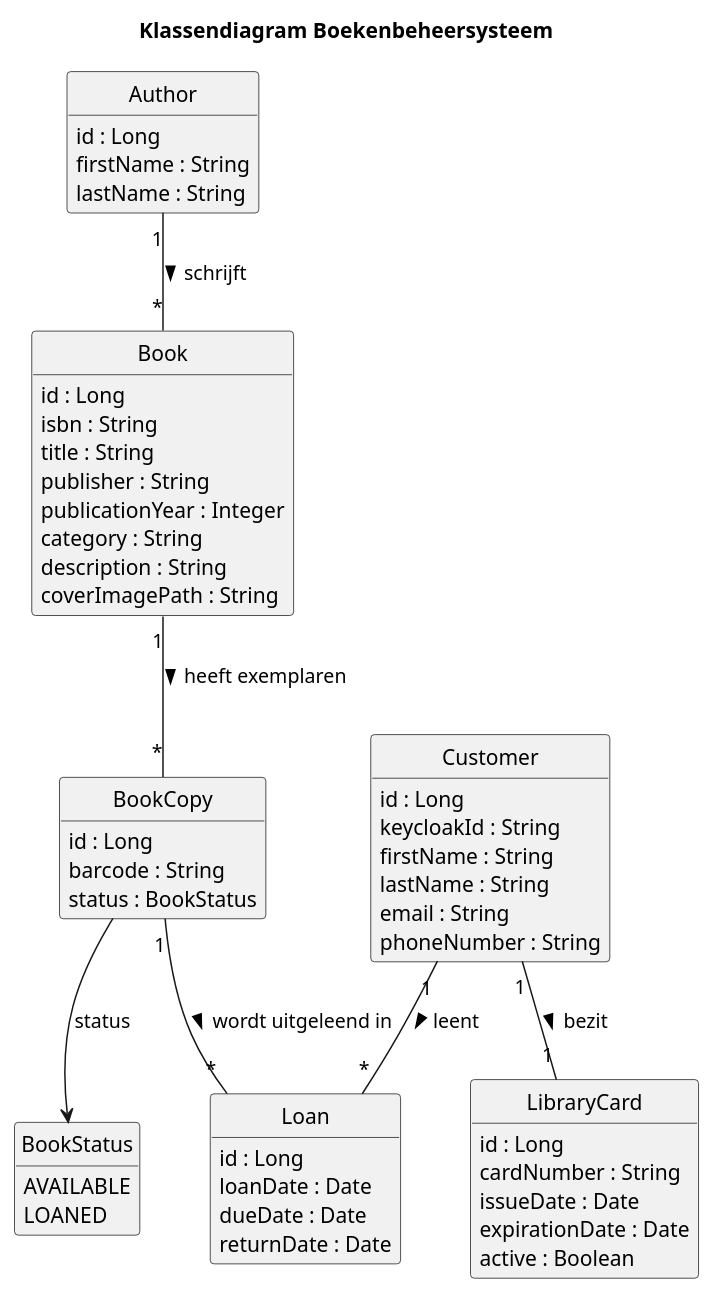
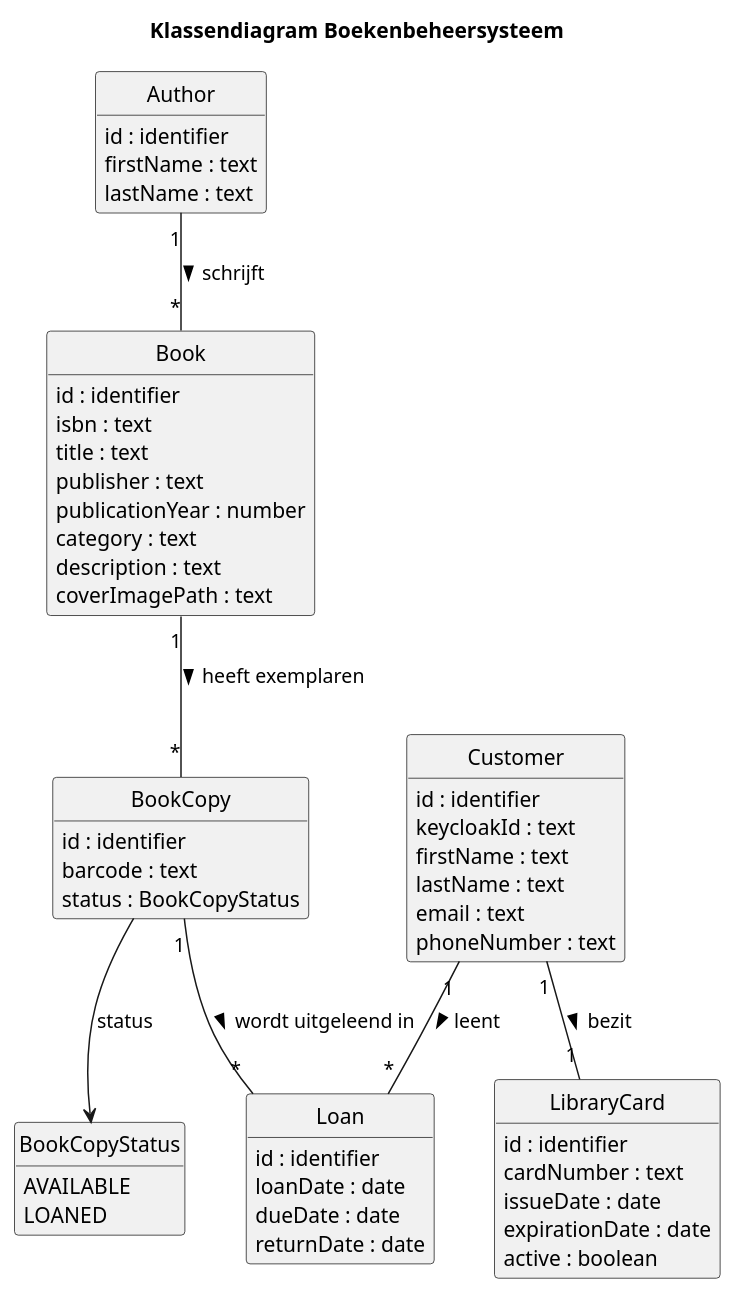
One commit to I-Tosun/library-api changed the diagram in docs/uml/class-diagram.puml. Above: the diagram before and after it, drawn with PlantUML. The commit also changed 3 other files, not shown here.

Commit message:
Update README and UML diagrams

```diff
--- a/docs/uml/class-diagram.puml
+++ b/docs/uml/class-diagram.puml
@@ -1,71 +1,71 @@
 @startuml
 
 title Klassendiagram Boekenbeheersysteem
 
 hide methods
 hide circle
 skinparam classAttributeIconSize 0
 
 class Author {
-    id : Long
-    firstName : String
-    lastName : String
+    id : identifier
+    firstName : text
+    lastName : text
 }
 
 class Book {
-    id : Long
-    isbn : String
-    title : String
-    publisher : String
-    publicationYear : Integer
-    category : String
-    description : String
-    coverImagePath : String
+    id : identifier
+    isbn : text
+    title : text
+    publisher : text
+    publicationYear : number
+    category : text
+    description : text
+    coverImagePath : text
 }
 
 Author "1" -- "*" Book : schrijft >
 
 class BookCopy {
-    id : Long
-    barcode : String
-    status : BookStatus
+    id : identifier
+    barcode : text
+    status : BookCopyStatus
 }
 
 Book "1" -- "*" BookCopy : heeft exemplaren >
 
-enum BookStatus {
+enum BookCopyStatus {
     AVAILABLE
     LOANED
 }
 
-BookCopy --> BookStatus : status
+BookCopy --> BookCopyStatus : status
 
 class Customer {
-  id : Long
-  keycloakId : String
-  firstName : String
-  lastName : String
-  email : String
-  phoneNumber : String
+    id : identifier
+    keycloakId : text
+    firstName : text
+    lastName : text
+    email : text
+    phoneNumber : text
 }
 
 class LibraryCard {
-  id : Long
-  cardNumber : String
-  issueDate : Date
-  expirationDate : Date
-  active : Boolean
+    id : identifier
+    cardNumber : text
+    issueDate : date
+    expirationDate : date
+    active : boolean
 }
 
 class Loan {
-  id : Long
-  loanDate : Date
-  dueDate : Date
-  returnDate : Date
+    id : identifier
+    loanDate : date
+    dueDate : date
+    returnDate : date
 }
 
 Customer "1" -- "1" LibraryCard : bezit >
 Customer "1" -- "*" Loan : leent >
 BookCopy "1" -- "*" Loan : wordt uitgeleend in >
 
 @enduml
```
